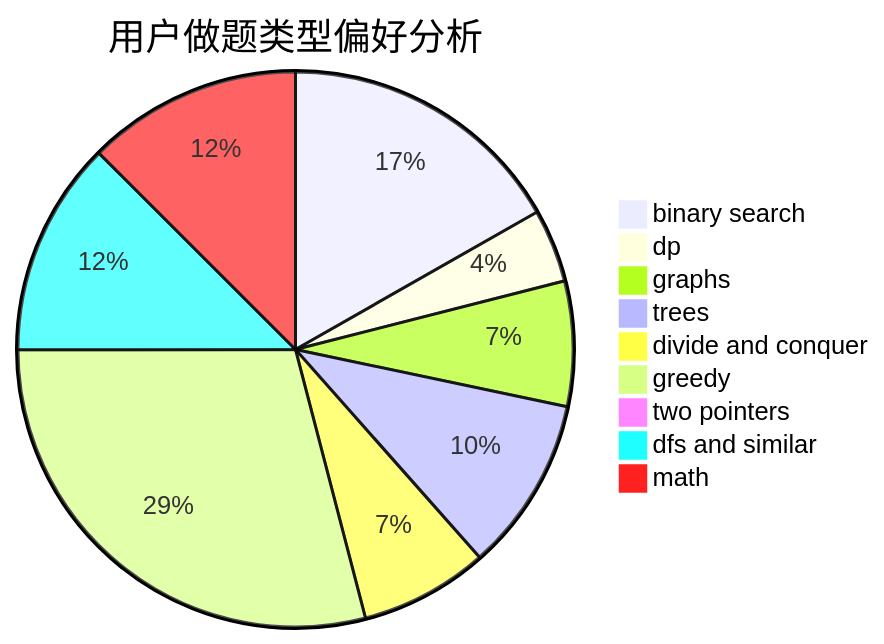
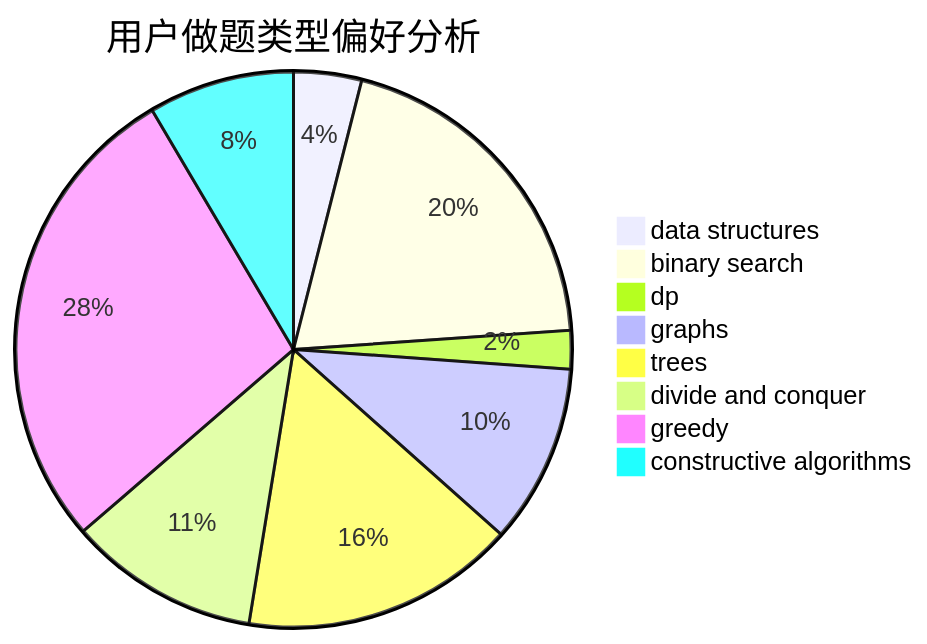
The second of 3 diagrams in docs/user/u1369.md (sherpahu/cfrs.github.io), drawn with Mermaid before and after one commit. The commit also changed other lines of this file and 2775 other files, not shown here.

````diff
--- a/docs/user/u1369.md
+++ b/docs/user/u1369.md
@@ -23,12 +23,11 @@
 ```mermaid
 pie title 用户做题类型偏好分析
-    "binary search" :  500
-    "dp" :  127
-    "graphs" :  217
-    "trees" :  303
-    "divide and conquer" :  223
-    "greedy" :  866
-    "two pointers" :  7
-    "dfs and similar" :  373
-    "math" :  373
+    "data structures" :  67
+    "binary search" :  338
+    "dp" :  38
+    "graphs" :  177
+    "trees" :  271
+    "divide and conquer" :  188
+    "greedy" :  472
+    "constructive algorithms" :  144
 ```
````
